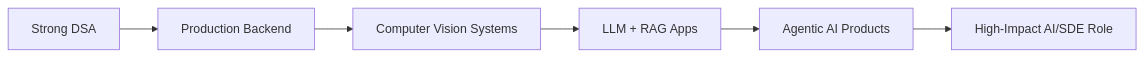
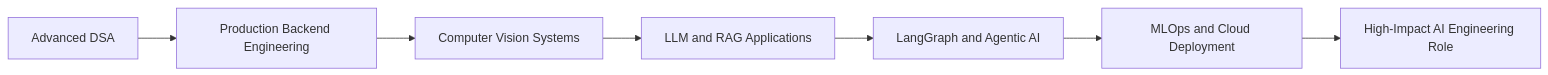
Before and after one commit to saumyasrivastava21/saumyasrivastava21: the fourth of 4 diagrams in README.md, drawn with Mermaid. The commit also changed other lines of this file, not shown here.

````diff
--- a/README.md
+++ b/README.md
@@ -246,8 +689,9 @@
 ```mermaid
-graph LR
-A[Strong DSA] --> B[Production Backend]
-B --> C[Computer Vision Systems]
-C --> D[LLM + RAG Apps]
-D --> E[Agentic AI Products]
-E --> F[High-Impact AI/SDE Role]
+flowchart LR
+    A[Advanced DSA] --> B[Production Backend Engineering]
+    B --> C[Computer Vision Systems]
+    C --> D[LLM and RAG Applications]
+    D --> E[LangGraph and Agentic AI]
+    E --> F[MLOps and Cloud Deployment]
+    F --> G[High-Impact AI Engineering Role]
 ```
````
